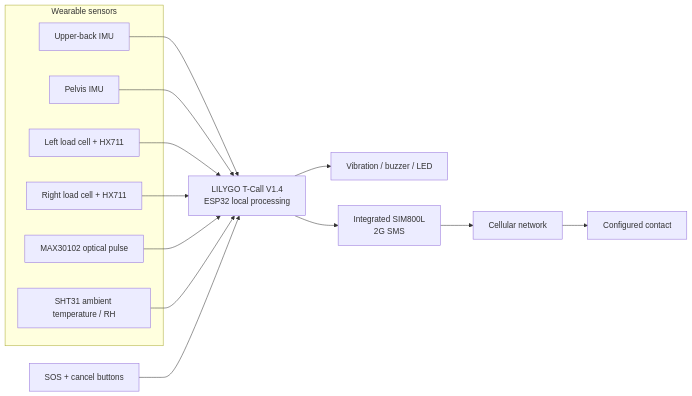
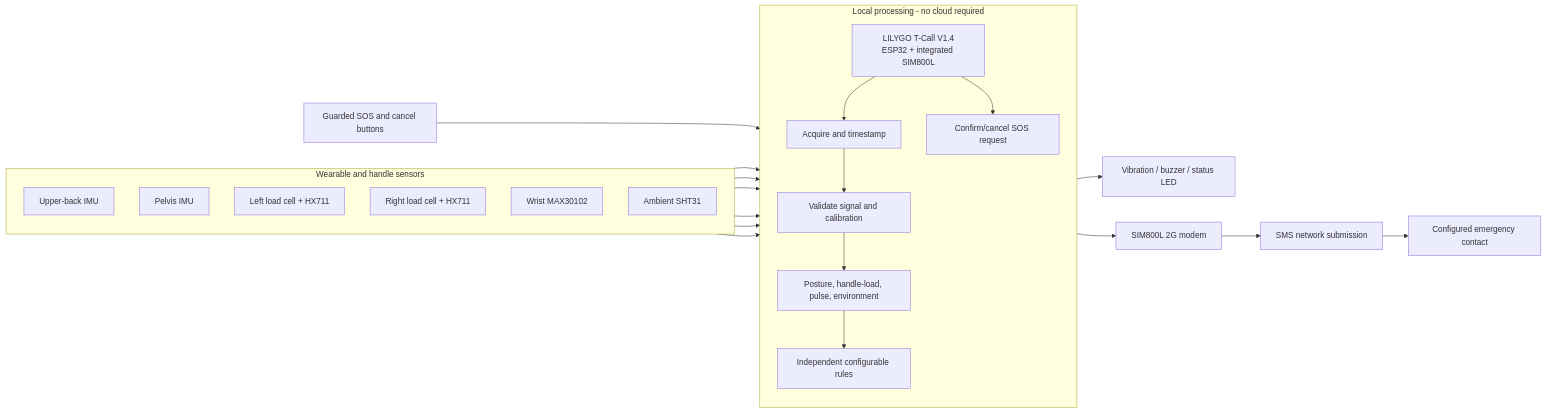
One commit to tsypchallenge0-afk/amnora changed the first of 2 diagrams in README.md. Above: the diagram before and after it, drawn with Mermaid. The commit also changed other lines of this file and 24 other files, not shown here.

````diff
--- a/README.md
+++ b/README.md
@@ -20,23 +27,36 @@
 ```mermaid
 flowchart LR
-  subgraph Wearable sensors
+  subgraph SENSORS[Wearable and handle sensors]
+    direction TB
     U[Upper-back IMU]
     P[Pelvis IMU]
     L[Left load cell + HX711]
     R[Right load cell + HX711]
-    O[MAX30102 optical pulse]
-    E[SHT31 ambient temperature / RH]
+    H[Wrist MAX30102]
+    E[Ambient SHT31]
   end
-  U --> MCU
-  P --> MCU
-  L --> MCU
-  R --> MCU
-  O --> MCU
-  E --> MCU
-  MCU[LILYGO T-Call V1.4\nESP32 local processing]
-  MCU --> F[Vibration / buzzer / LED]
-  B[SOS + cancel buttons] --> MCU
-  MCU --> M[Integrated SIM800L\n2G SMS]
-  M --> N[Cellular network]
-  N --> C[Configured contact]
+
+  subgraph LOCAL[Local processing - no cloud required]
+    direction TB
+    MCU[LILYGO T-Call V1.4<br/>ESP32 + integrated SIM800L]
+    ACQ[Acquire and timestamp]
+    Q[Validate signal and calibration]
+    METRICS[Posture, handle-load, pulse, environment]
+    RULES[Independent configurable rules]
+    SOS[Confirm/cancel SOS request]
+    MCU --> ACQ --> Q --> METRICS --> RULES
+    MCU --> SOS
+  end
+
+  U --> ACQ
+  P --> ACQ
+  L --> ACQ
+  R --> ACQ
+  H --> ACQ
+  E --> ACQ
+  RULES --> FEEDBACK[Vibration / buzzer / status LED]
+  BUTTONS[Guarded SOS and cancel buttons] --> SOS
+  SOS --> GSM[SIM800L 2G modem]
+  GSM --> SMS[SMS network submission]
+  SMS --> CONTACT[Configured emergency contact]
 ```
````
